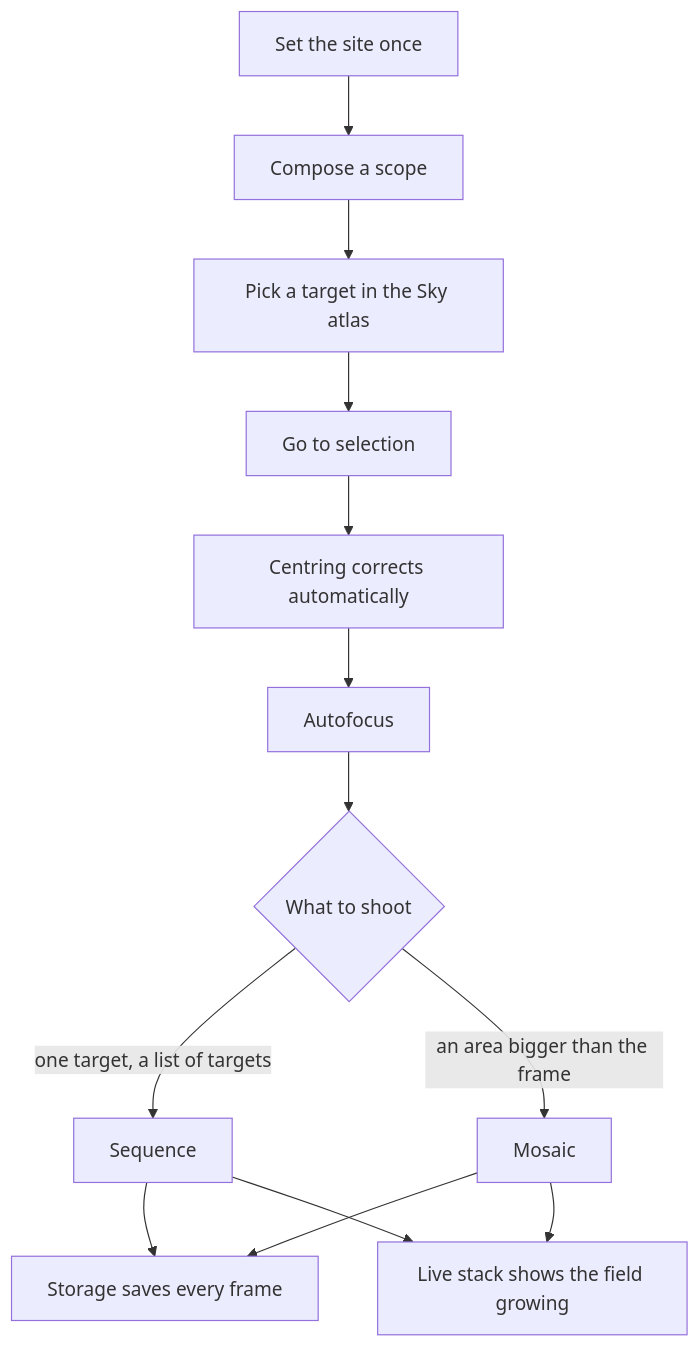
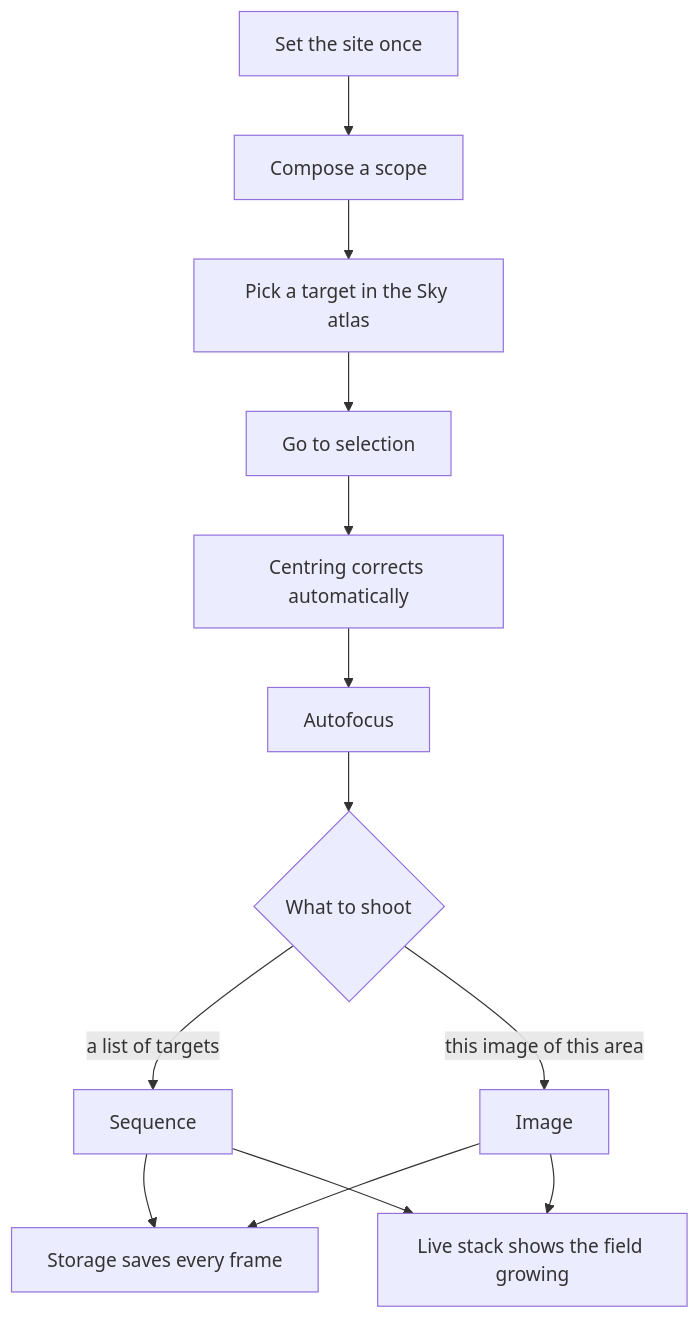
Before and after one commit to UltraGeekDEV/ELink-Astro: the third of 4 diagrams in docs/user-guide.md, drawn with Mermaid. The commit also changed other lines of this file and 27 other files, not shown here.

````diff
--- a/docs/user-guide.md
+++ b/docs/user-guide.md
@@ -79,15 +79,15 @@
 ```mermaid
 flowchart TD
     S0[Set the site once] --> A
     A[Compose a scope] --> B[Pick a target in the Sky atlas]
     B --> C[Go to selection]
     C --> D[Centring corrects automatically]
     D --> E[Autofocus]
     E --> F{What to shoot}
-    F -->|one target, a list of targets| G[Sequence]
-    F -->|an area bigger than the frame| H[Mosaic]
+    F -->|a list of targets| G[Sequence]
+    F -->|this image of this area| H[Image]
     G --> I[Storage saves every frame]
     H --> I
     H --> L[Live stack shows the field growing]
     G --> L
 ```
````
